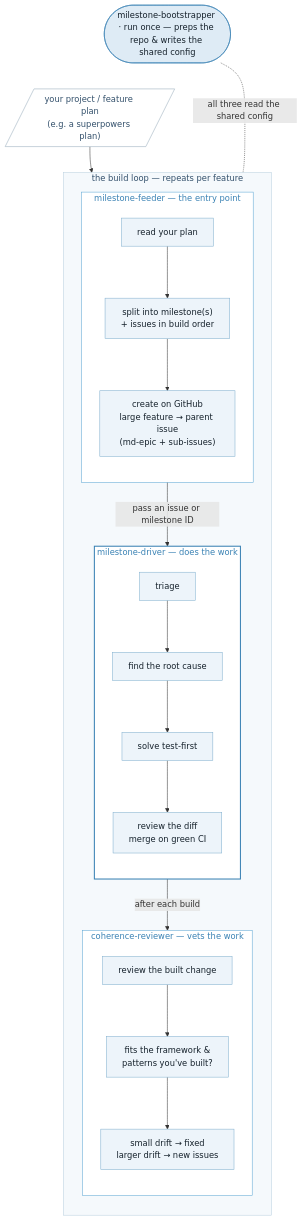
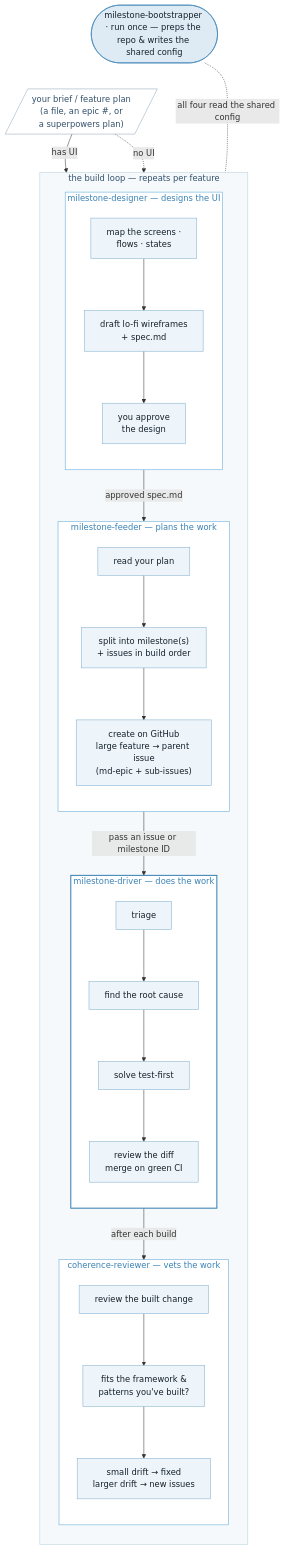
One commit to kenmulford/milestone-suite changed the diagram in README.md. Above: the diagram before and after it, drawn with Mermaid. The commit also changed other lines of this file and 2 other files, not shown here.

First line of the commit message:
feat: catalog milestone-designer as the suite's fifth plugin

````diff
--- a/README.md
+++ b/README.md
@@ -14,38 +15,45 @@
 ```mermaid
 flowchart TD
     boot(["milestone-bootstrapper · run once — preps the repo &amp; writes the shared config"])
 
-    plan[/"your project / feature plan<br/>(e.g. a superpowers plan)"/]
+    plan[/"your brief / feature plan<br/>(a file, an epic #, or<br/>a superpowers plan)"/]
 
     subgraph loop [the build loop — repeats per feature]
         direction TB
-        subgraph sgF [milestone-feeder — the entry point]
+        subgraph sgG [milestone-designer — designs the UI]
+            direction TB
+            g1["map the screens ·<br/>flows · states"] --> g2["draft lo-fi wireframes<br/>+ spec.md"] --> g3["you approve<br/>the design"]
+        end
+        subgraph sgF [milestone-feeder — plans the work]
             direction TB
             f1["read your plan"] --> f2["split into milestone(s)<br/>+ issues in build order"] --> f3["create on GitHub<br/>large feature → parent issue<br/>(md-epic + sub-issues)"]
         end
         subgraph sgD [milestone-driver — does the work]
             direction TB
             d1["triage"] --> d2["find the root cause"] --> d3["solve test-first"] --> d4["review the diff<br/>merge on green CI"]
         end
         subgraph sgR [coherence-reviewer — vets the work]
             direction TB
             r1["review the built change"] --> r2["fits the framework &amp;<br/>patterns you've built?"] --> r3["small drift → fixed<br/>larger drift → new issues"]
         end
 
+        sgG -->|approved spec.md| sgF
         sgF -->|pass an issue or milestone ID| sgD
         sgD -->|after each build| sgR
     end
 
     boot ~~~ plan
-    plan --> sgF
-    boot <-.-|all three read the shared config| loop
+    plan -->|has UI| sgG
+    plan -.->|no UI| sgF
+    boot <-.-|all four read the shared config| loop
 
     style boot fill:#DEEBF5,stroke:#3A82B4,color:#15212B
     style plan fill:#FFFFFF,stroke:#94A9B8,color:#33506B
     style loop fill:#F5F9FC,stroke:#B9CFDF,color:#33506B
+    style sgG fill:#FFFFFF,stroke:#5AA6D4,color:#3A82B4
     style sgF fill:#FFFFFF,stroke:#5AA6D4,color:#3A82B4
     style sgD fill:#FFFFFF,stroke:#3A82B4,stroke-width:2px,color:#3A82B4
     style sgR fill:#FFFFFF,stroke:#5AA6D4,color:#3A82B4
     classDef action fill:#EDF4FA,stroke:#7FAECE,color:#15212B
-    class f1,f2,f3,d1,d2,d3,d4,r1,r2,r3 action
+    class g1,g2,g3,f1,f2,f3,d1,d2,d3,d4,r1,r2,r3 action
 ```
````
